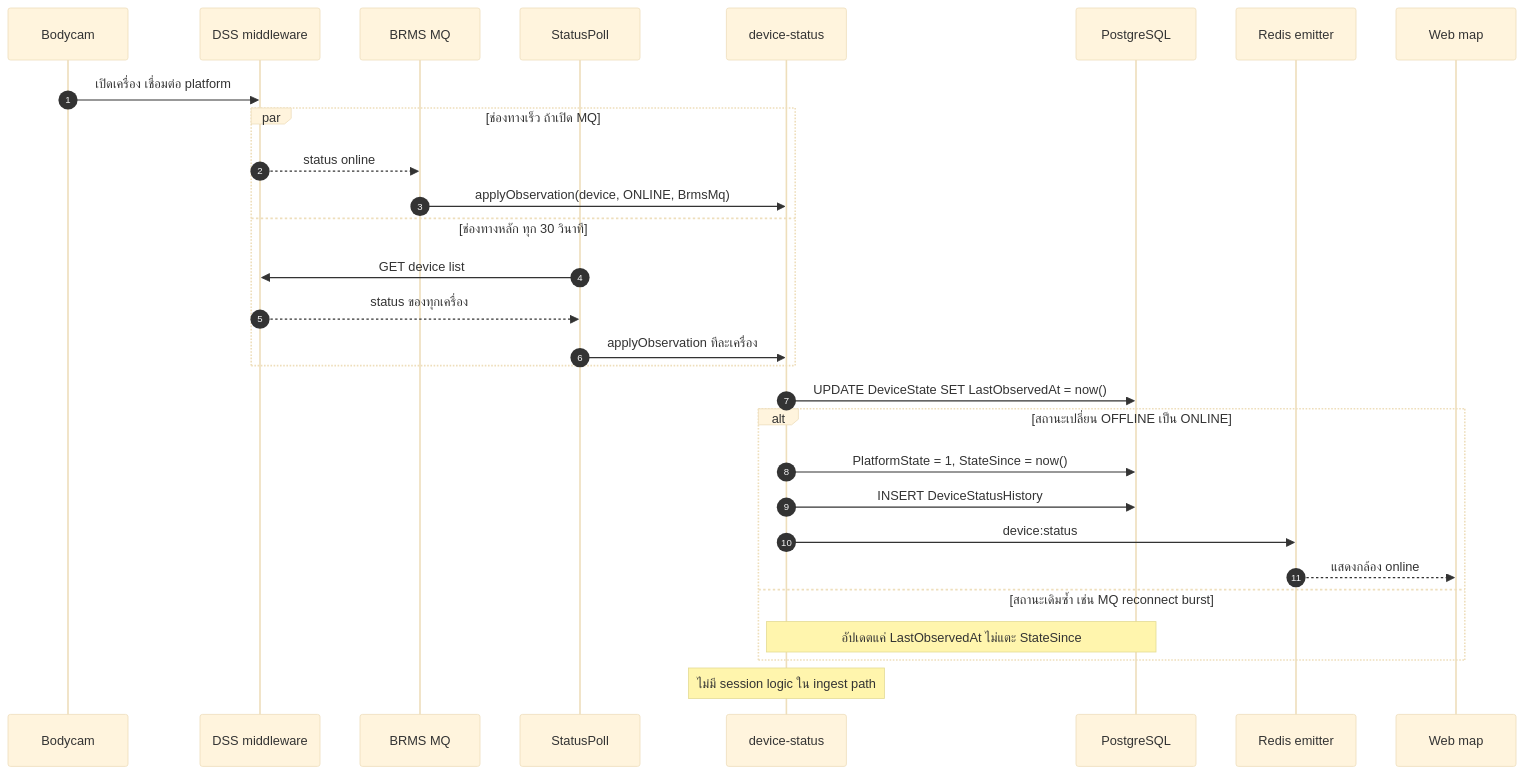
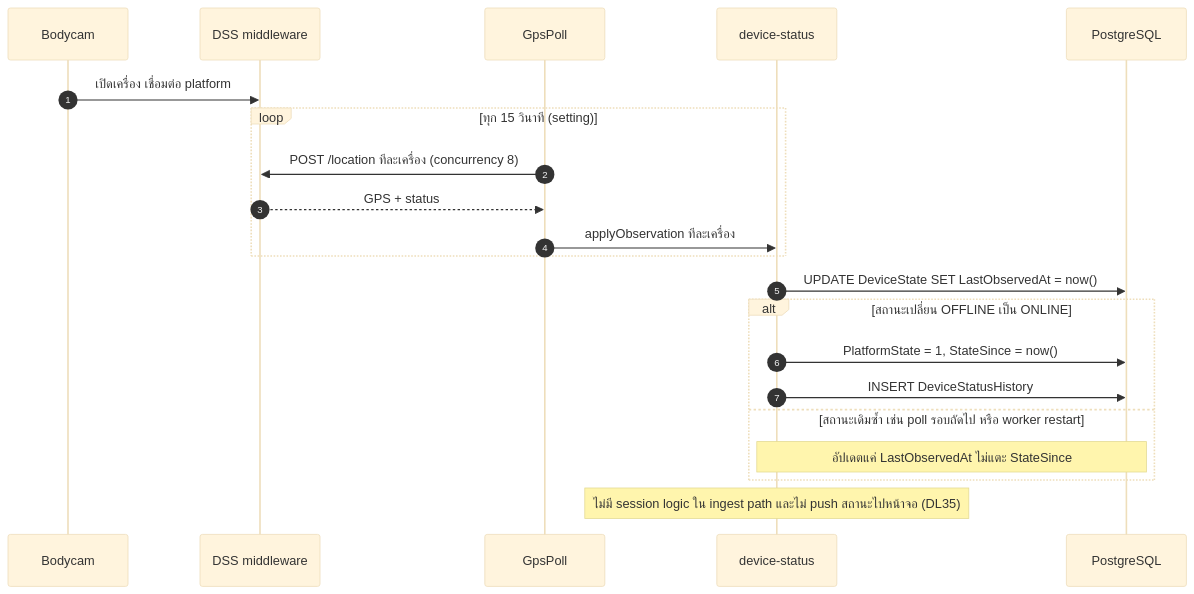
Before and after one commit to b-werayut/psd-bodycam-v1.0: the second of 10 diagrams in docs/blueprint/03-business-workflows.md, drawn with Mermaid (base theme). The commit also changed other lines of this file and 304 other files, not shown here.

````diff
--- a/docs/blueprint/03-business-workflows.md
+++ b/docs/blueprint/03-business-workflows.md
@@ -38,32 +41,24 @@
 ```mermaid
 sequenceDiagram
   autonumber
   participant CAM as Bodycam
   participant DSS as DSS middleware
-  participant MQ as BRMS MQ
-  participant SP as StatusPoll
+  participant GP as GpsPoll
   participant DS as device-status
   participant DB as PostgreSQL
-  participant BUS as Redis emitter
-  participant WEB as Web map
 
   CAM->>DSS: เปิดเครื่อง เชื่อมต่อ platform
-  par ช่องทางเร็ว ถ้าเปิด MQ
-    DSS-->>MQ: status online
-    MQ->>DS: applyObservation(device, ONLINE, BrmsMq)
-  and ช่องทางหลัก ทุก 30 วินาที
-    SP->>DSS: GET device list
-    DSS-->>SP: status ของทุกเครื่อง
-    SP->>DS: applyObservation ทีละเครื่อง
+  loop ทุก 15 วินาที (setting)
+    GP->>DSS: POST /location ทีละเครื่อง (concurrency 8)
+    DSS-->>GP: GPS + status
+    GP->>DS: applyObservation ทีละเครื่อง
   end
   DS->>DB: UPDATE DeviceState SET LastObservedAt = now()
   alt สถานะเปลี่ยน OFFLINE เป็น ONLINE
     DS->>DB: PlatformState = 1, StateSince = now()
     DS->>DB: INSERT DeviceStatusHistory
-    DS->>BUS: device:status
-    BUS-->>WEB: แสดงกล้อง online
-  else สถานะเดิมซ้ำ เช่น MQ reconnect burst
+  else สถานะเดิมซ้ำ เช่น poll รอบถัดไป หรือ worker restart
     Note over DS,DB: อัปเดตแค่ LastObservedAt ไม่แตะ StateSince
   end
-  Note over DS: ไม่มี session logic ใน ingest path
+  Note over DS: ไม่มี session logic ใน ingest path และไม่ push สถานะไปหน้าจอ (DL35)
 ```
````
